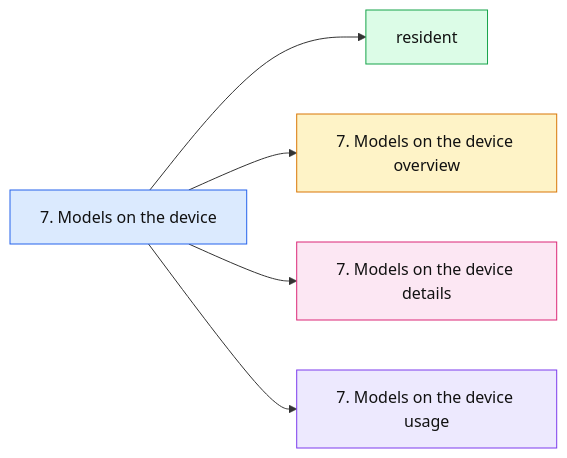
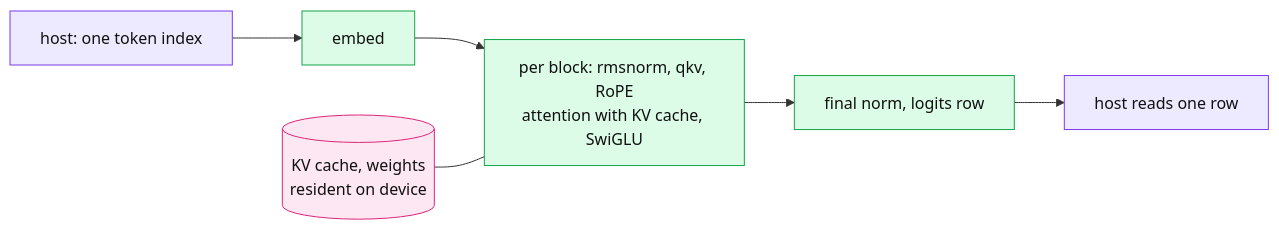
Before and after one commit to thomascherickal/ferrum-gpu: diagram 11 of 17 in docs/architecture.md, drawn with Mermaid. The commit also changed other lines of this file and 4 other files, not shown here.

First line of the commit message:
docs: hand-drawn data-flow diagrams for the readme, architecture and GUI pages

````diff
--- a/docs/architecture.md
+++ b/docs/architecture.md
@@ -233,13 +307,13 @@
 ```mermaid
 flowchart LR
-    a["7. Models on the device"]:::root
-    a --> n0["resident"]:::c0
-    a --> n1["7. Models on the device overview"]:::c1
-    a --> n2["7. Models on the device details"]:::c2
-    a --> n3["7. Models on the device usage"]:::c3
-    classDef root fill:#dbeafe,stroke:#2563eb,color:#111
-    classDef c0 fill:#dcfce7,stroke:#16a34a,color:#111
-    classDef c1 fill:#fef3c7,stroke:#d97706,color:#111
-    classDef c2 fill:#fce7f3,stroke:#db2777,color:#111
-    classDef c3 fill:#ede9fe,stroke:#7c3aed,color:#111
+    tok["host: one token index"]:::host --> emb["embed"]:::gpu
+    emb --> blk["per block: rmsnorm, qkv, RoPE<br/>attention with KV cache, SwiGLU"]:::gpu
+    blk --> lg["final norm, logits row"]:::gpu
+    lg --> rd["host reads one row"]:::host
+    kv[("KV cache, weights<br/>resident on device")]:::io --- blk
+    classDef core fill:#dbeafe,stroke:#2563eb,color:#111
+    classDef gpu fill:#dcfce7,stroke:#16a34a,color:#111
+    classDef cpu fill:#fef3c7,stroke:#d97706,color:#111
+    classDef io fill:#fce7f3,stroke:#db2777,color:#111
+    classDef host fill:#ede9fe,stroke:#7c3aed,color:#111
 ```
````
